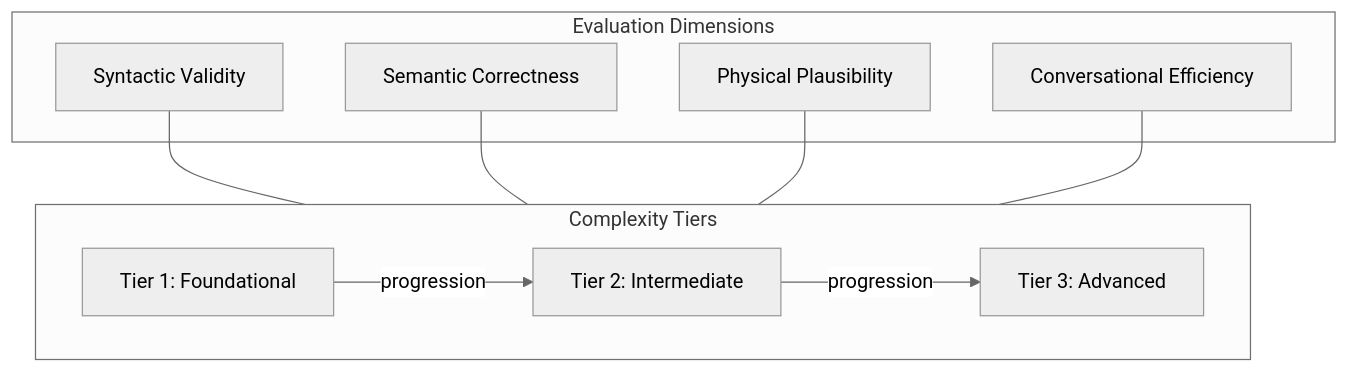
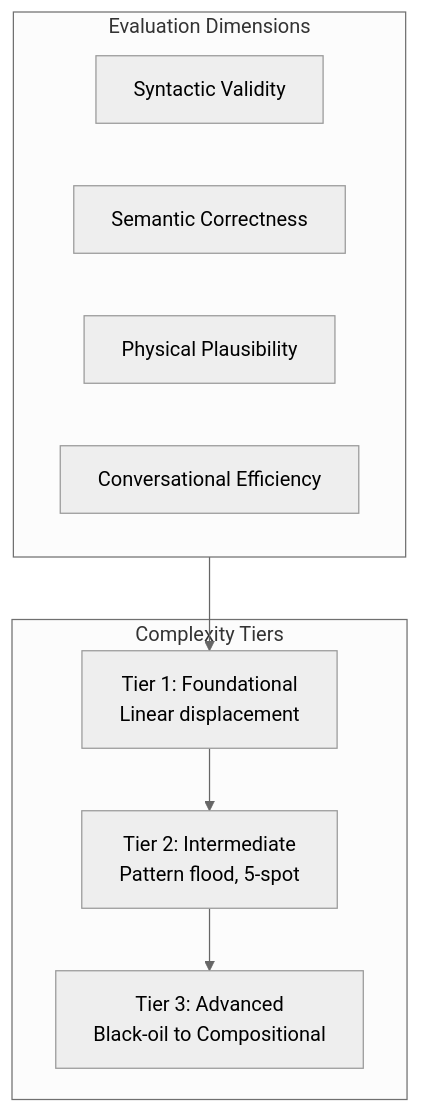
One commit to wolfram-laube/clarissa changed the fourth of 6 diagrams in conference/spe-europe-2026/sources/wolfram/abstract-merged.md. Above: the diagram before and after it, drawn with Mermaid (neutral theme). The commit also changed other lines of this file, not shown here.

Commit message:
fix: simplify Mermaid diagrams, remove emojis (fixes rendering)

````diff
--- a/conference/spe-europe-2026/sources/wolfram/abstract-merged.md
+++ b/conference/spe-europe-2026/sources/wolfram/abstract-merged.md
@@ -151,22 +182,18 @@
 ```mermaid
 flowchart TB
     subgraph DIMS["Evaluation Dimensions"]
         D1["Syntactic Validity"]
         D2["Semantic Correctness"]
         D3["Physical Plausibility"]
         D4["Conversational Efficiency"]
     end
 
     subgraph TIERS["Complexity Tiers"]
-        T1["Tier 1: Foundational"]
-        T2["Tier 2: Intermediate"]
-        T3["Tier 3: Advanced"]
+        T1["Tier 1: Foundational<br/>Linear displacement"]
+        T2["Tier 2: Intermediate<br/>Pattern flood, 5-spot"]
+        T3["Tier 3: Advanced<br/>Black-oil to Compositional"]
     end
 
-    D1 --- TIERS
-    D2 --- TIERS
-    D3 --- TIERS
-    D4 --- TIERS
-    T1 -->|progression| T2
-    T2 -->|progression| T3
+    DIMS --> T1
+    T1 --> T2 --> T3
 ```
````
